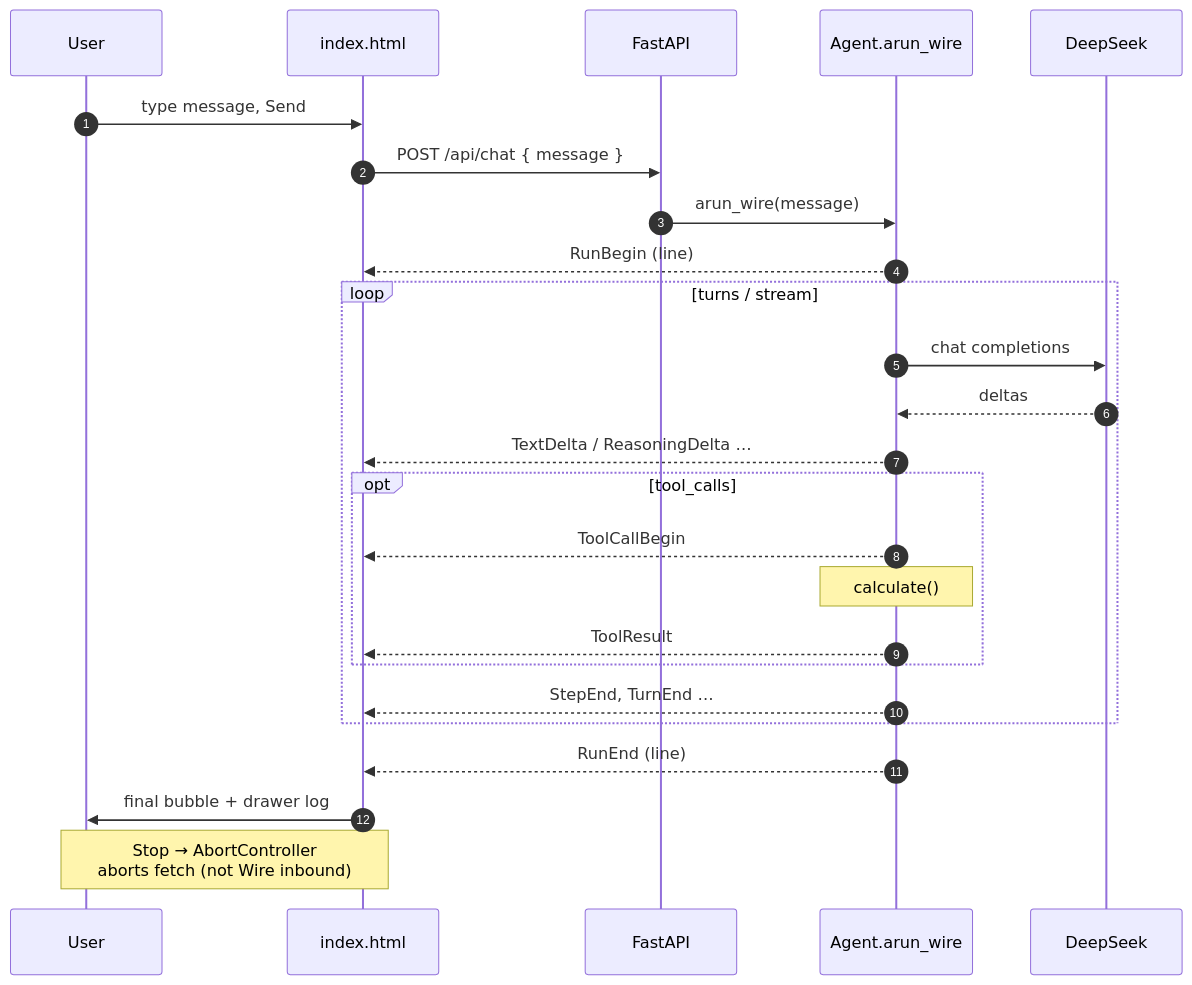
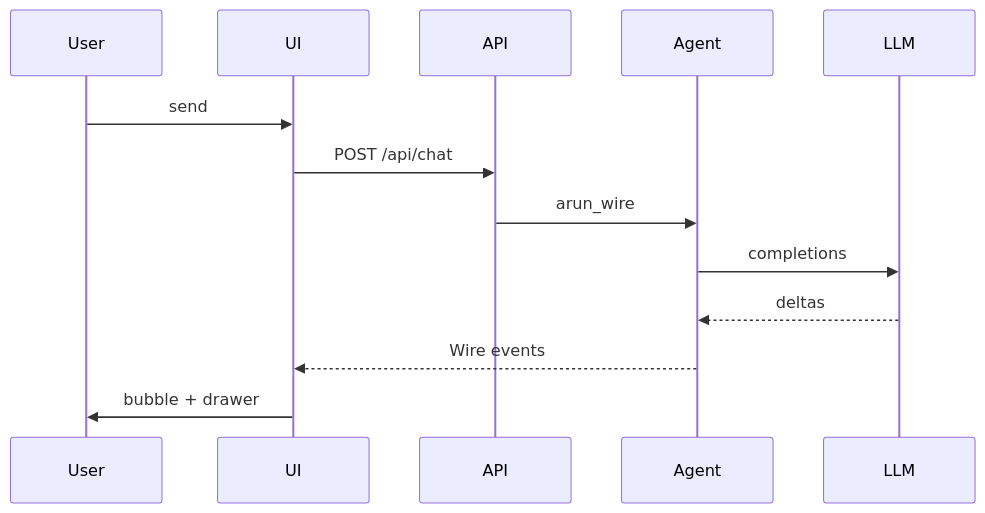
One commit to Mayerxjchen/ElectroMind changed the third of 4 diagrams in docs/wire-demo.md. Above: the diagram before and after it, drawn with Mermaid. The commit also changed other lines of this file and 23 other files, not shown here.

First line of the commit message:
docs: add Mermaid diagrams and fix rendering

````diff
--- a/docs/wire-demo.md
+++ b/docs/wire-demo.md
@@ -54,29 +50,16 @@
 ```mermaid
 sequenceDiagram
-  autonumber
-  participant User
-  participant UI as index.html
-  participant API as FastAPI
-  participant Agent as Agent.arun_wire
-  participant LLM as DeepSeek
+  participant U as User
+  participant UI
+  participant API
+  participant A as Agent
+  participant LLM
 
-  User->>UI: type message, Send
-  UI->>API: POST /api/chat { message }
-  API->>Agent: arun_wire(message)
-  Agent-->>UI: RunBegin (line)
-  loop turns / stream
-    Agent->>LLM: chat completions
-    LLM-->>Agent: deltas
-    Agent-->>UI: TextDelta / ReasoningDelta …
-    opt tool_calls
-      Agent-->>UI: ToolCallBegin
-      Note over Agent: calculate()
-      Agent-->>UI: ToolResult
-    end
-    Agent-->>UI: StepEnd, TurnEnd …
-  end
-  Agent-->>UI: RunEnd (line)
-  UI->>User: final bubble + drawer log
-
-  Note over User,UI: Stop → AbortController<br/>aborts fetch (not Wire inbound)
+  U->>UI: send
+  UI->>API: POST /api/chat
+  API->>A: arun_wire
+  A->>LLM: completions
+  LLM-->>A: deltas
+  A-->>UI: Wire events
+  UI->>U: bubble + drawer
 ```
````
